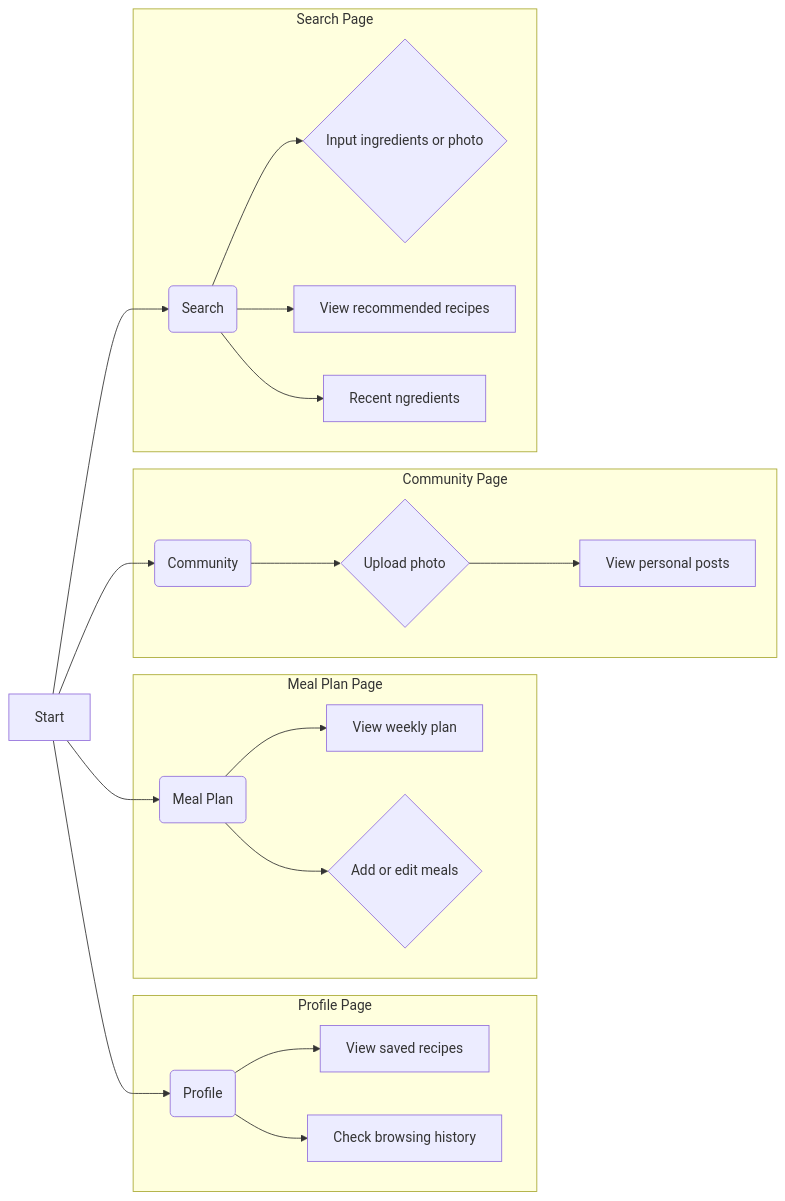
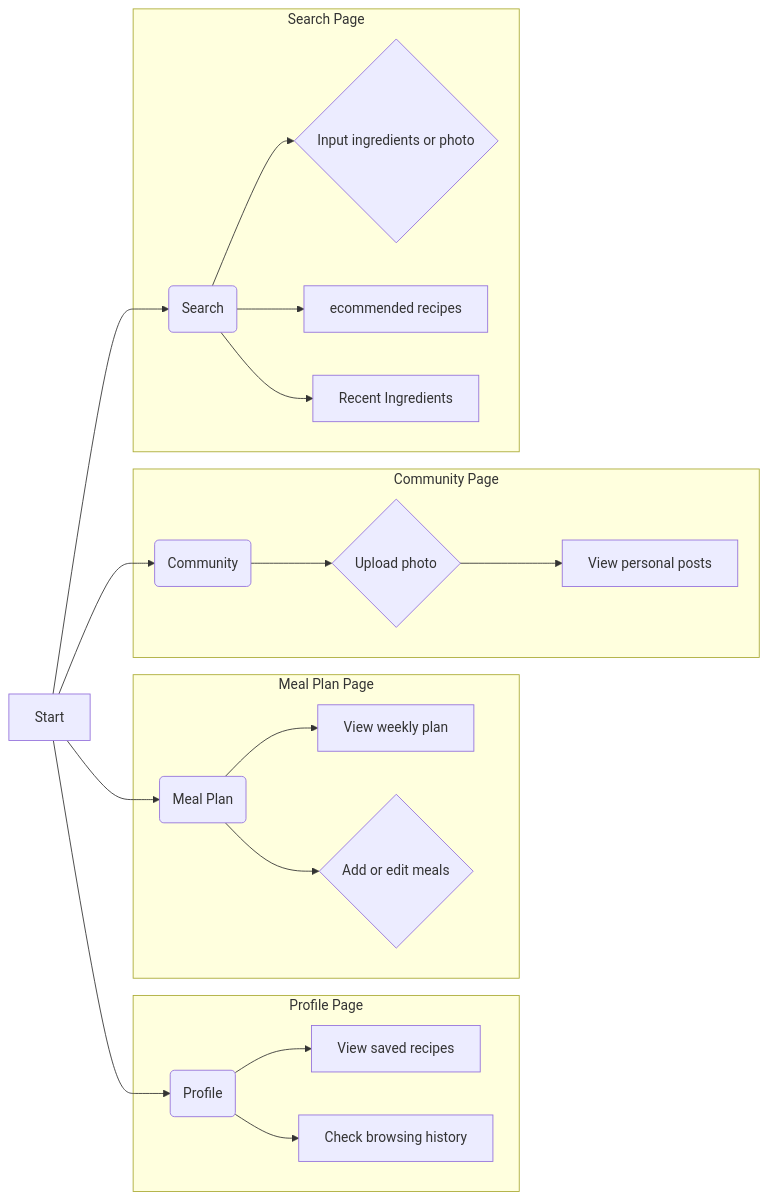
Before and after one commit to seven8301/iodraw-files: the diagram in all/未命名-2.md, drawn with Mermaid.

Commit message:
2025-04-09 19:24:31 update

````diff
--- a/all/未命名-2.md
+++ b/all/未命名-2.md
@@ -1,27 +1,27 @@
 ```mermaid
 graph LR
     A[Start] --> B(Search);
     A --> C(Community);
     A --> D(Meal Plan);
     A --> E(Profile);
 
     
     subgraph "Profile Page"
         E --> L[View saved recipes];
         E --> M[Check browsing history];
         
     end
       subgraph "Meal Plan Page"
         D --> J[View weekly plan];
         D --> K{Add or edit meals};
     end
      subgraph "Community Page"
         C --> H{Upload photo};
         H --> I[View personal posts];
     end
     subgraph "Search Page"
         B --> F{Input ingredients or photo};
-        B --> G[View recommended recipes];
-        B --> N[Recent ngredients];
+        B --> G[ecommended recipes];
+        B --> N[Recent Ingredients];
     end
 ```
````
